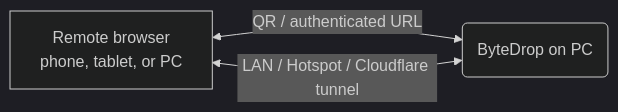
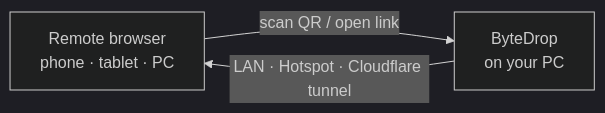
The diagram in README.md (HusseinWalid48/ByteDrop), drawn with Mermaid (dark theme) before and after one commit. The commit also changed other lines of this file and 2 other files, not shown here.

````diff
--- a/README.md
+++ b/README.md
@@ -40,5 +46,5 @@
 ```mermaid
 graph LR
-    A[Remote browser<br/>phone, tablet, or PC] <--QR / authenticated URL--> B(ByteDrop on PC)
-    B <--LAN / Hotspot / Cloudflare tunnel--> A
+    A["Remote browser<br/>phone · tablet · PC"] -- "scan QR / open link" --> B["ByteDrop<br/>on your PC"]
+    B -- "LAN · Hotspot · Cloudflare tunnel" --> A
 ```
````
